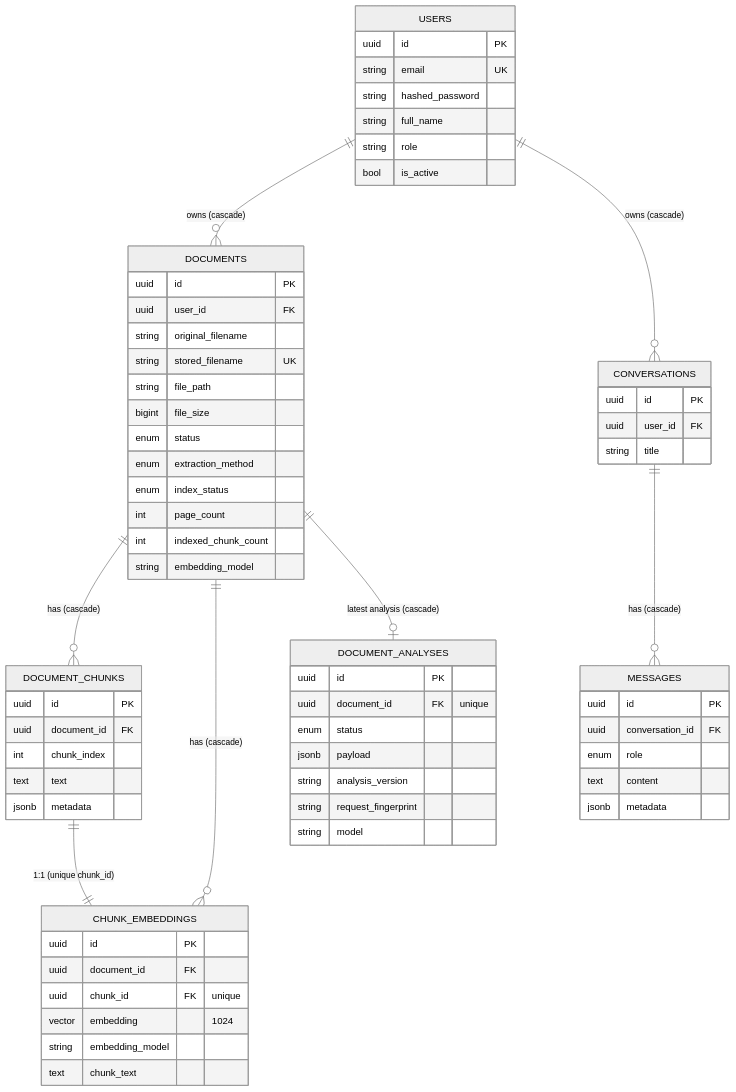
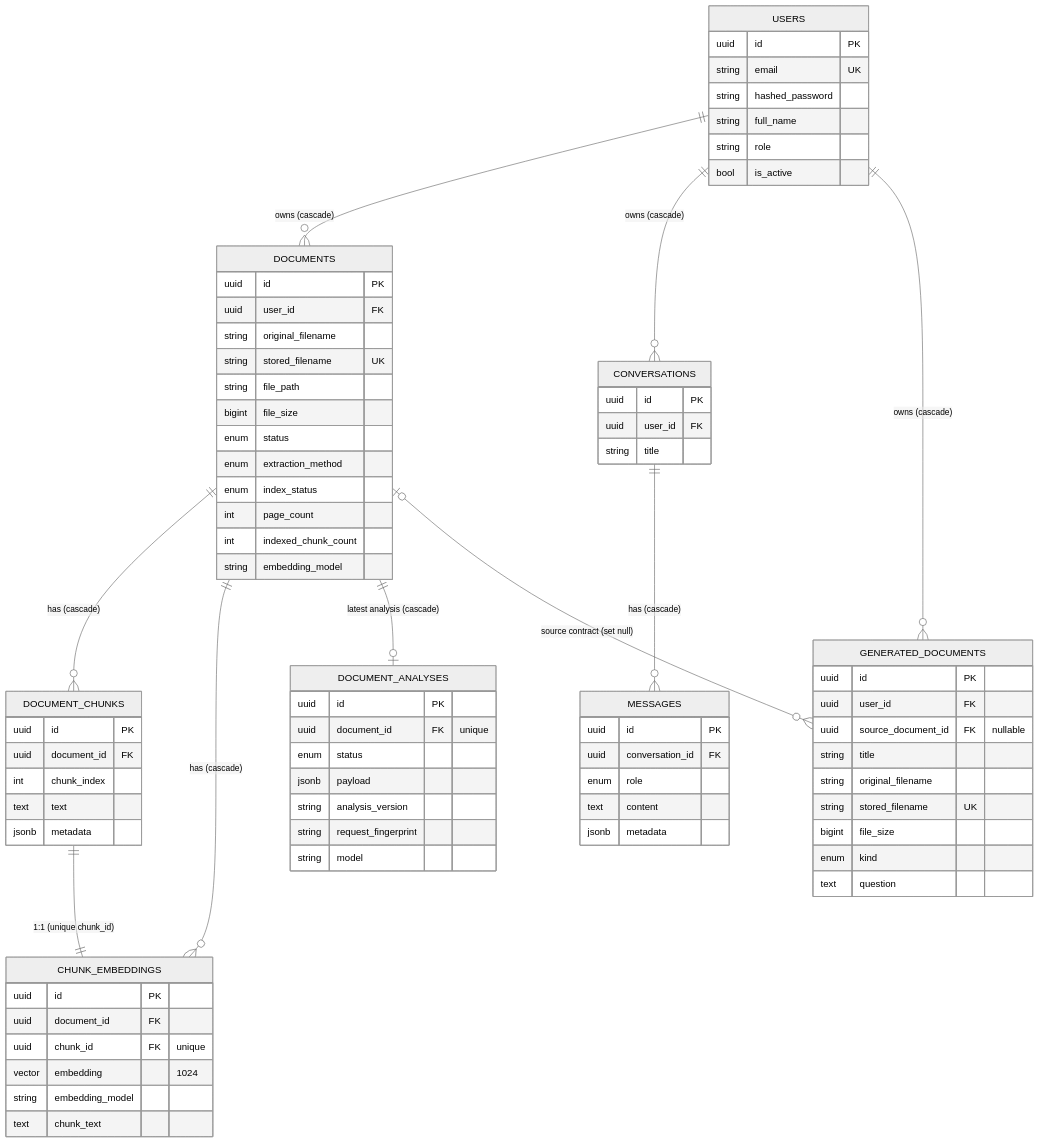
One commit to maha-mrrk/LegaLinkk changed the third of 12 diagrams in docs/ARCHITECTURE.md. Above: the diagram before and after it, drawn with Mermaid (neutral theme). The commit also changed other lines of this file and 62 other files, not shown here.

````diff
--- a/docs/ARCHITECTURE.md
+++ b/docs/ARCHITECTURE.md
@@ -359,69 +370,82 @@
 ```mermaid
 erDiagram
   USERS {
     uuid id PK
     string email UK
     string hashed_password
     string full_name
     string role
     bool is_active
   }
   DOCUMENTS {
     uuid id PK
     uuid user_id FK
     string original_filename
     string stored_filename UK
     string file_path
     bigint file_size
     enum status
     enum extraction_method
     enum index_status
     int page_count
     int indexed_chunk_count
     string embedding_model
   }
   DOCUMENT_ANALYSES {
     uuid id PK
     uuid document_id FK "unique"
     enum status
     jsonb payload
     string analysis_version
     string request_fingerprint
     string model
   }
   DOCUMENT_CHUNKS {
     uuid id PK
     uuid document_id FK
     int chunk_index
     text text
     jsonb metadata
   }
   CHUNK_EMBEDDINGS {
     uuid id PK
     uuid document_id FK
     uuid chunk_id FK "unique"
     vector embedding "1024"
     string embedding_model
     text chunk_text
   }
   CONVERSATIONS {
     uuid id PK
     uuid user_id FK
     string title
   }
   MESSAGES {
     uuid id PK
     uuid conversation_id FK
     enum role
     text content
     jsonb metadata
   }
+  GENERATED_DOCUMENTS {
+    uuid id PK
+    uuid user_id FK
+    uuid source_document_id FK "nullable"
+    string title
+    string original_filename
+    string stored_filename UK
+    bigint file_size
+    enum kind
+    text question
+  }
 
   USERS ||--o{ DOCUMENTS : "owns (cascade)"
   USERS ||--o{ CONVERSATIONS : "owns (cascade)"
+  USERS ||--o{ GENERATED_DOCUMENTS : "owns (cascade)"
   DOCUMENTS ||--o{ DOCUMENT_CHUNKS : "has (cascade)"
   DOCUMENTS ||--o{ CHUNK_EMBEDDINGS : "has (cascade)"
   DOCUMENTS ||--o| DOCUMENT_ANALYSES : "latest analysis (cascade)"
   DOCUMENT_CHUNKS ||--|| CHUNK_EMBEDDINGS : "1:1 (unique chunk_id)"
   CONVERSATIONS ||--o{ MESSAGES : "has (cascade)"
+  DOCUMENTS o|--o{ GENERATED_DOCUMENTS : "source contract (set null)"
 ```
````
